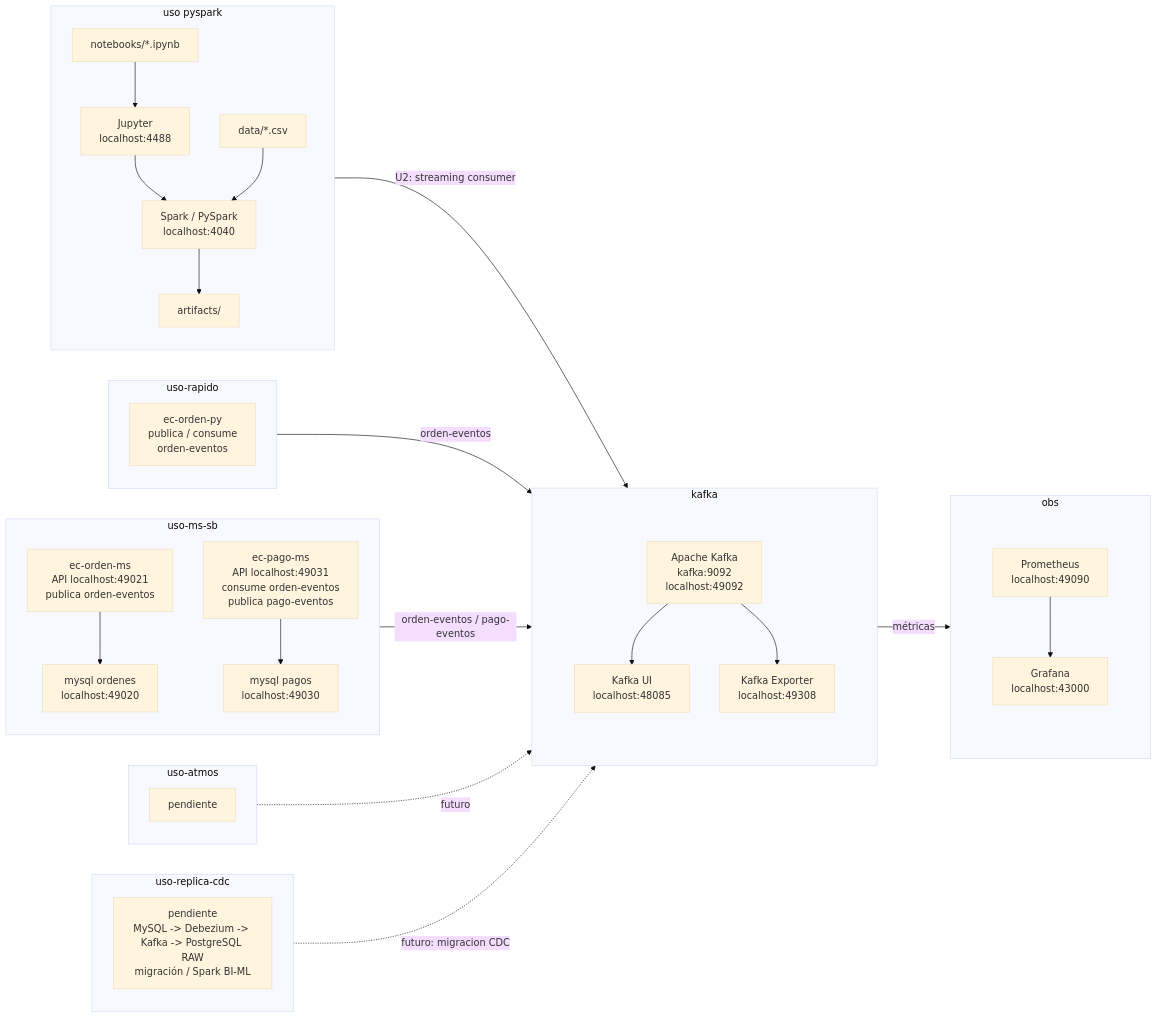
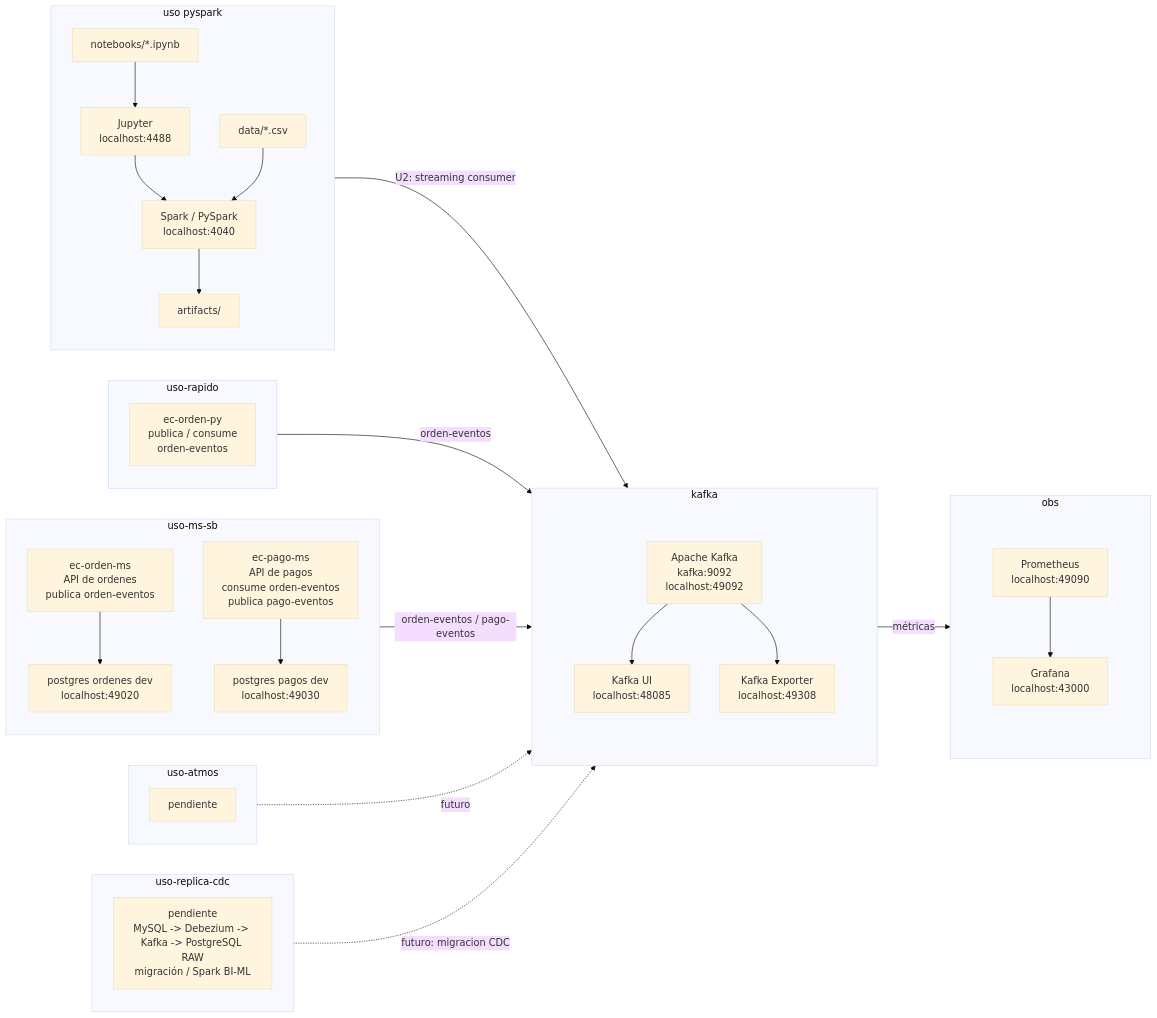
Before and after one commit to 261bigdata/lambdalab: the diagram in pyspark/notebooks/index.md, drawn with Mermaid (base theme). The commit also changed 25 other files, not shown here.

````diff
--- a/pyspark/notebooks/index.md
+++ b/pyspark/notebooks/index.md
@@ -88,67 +88,67 @@
 ```mermaid
 flowchart LR
     subgraph PySparkModule["uso pyspark"]
         direction TB
         Notebooks["notebooks/*.ipynb"]
         Jupyter["Jupyter<br/>localhost:4488"]
         Spark["Spark / PySpark<br/>localhost:4040"]
         Data["data/*.csv"]
         Artifacts["artifacts/"]
         Notebooks --> Jupyter --> Spark
         Data --> Spark --> Artifacts
     end
 
     subgraph UseFast["uso-rapido"]
         PyQuick["ec-orden-py<br/>publica / consume<br/>orden-eventos"]
     end
 
     subgraph UseMS["uso-ms-sb"]
         direction TB
-        OrdenMS["ec-orden-ms<br/>API localhost:49021<br/>publica orden-eventos"]
-        OrdenDB["mysql ordenes<br/>localhost:49020"]
-        PagoMS["ec-pago-ms<br/>API localhost:49031<br/>consume orden-eventos<br/>publica pago-eventos"]
-        PagoDB["mysql pagos<br/>localhost:49030"]
+        OrdenMS["ec-orden-ms<br/>API de ordenes<br/>publica orden-eventos"]
+        OrdenDB["postgres ordenes dev<br/>localhost:49020"]
+        PagoMS["ec-pago-ms<br/>API de pagos<br/>consume orden-eventos<br/>publica pago-eventos"]
+        PagoDB["postgres pagos dev<br/>localhost:49030"]
         OrdenMS --> OrdenDB
         PagoMS --> PagoDB
     end
 
     subgraph UseIoT["uso-atmos"]
         IoT["pendiente"]
     end
 
     subgraph UseCDC["uso-replica-cdc"]
         CDC["pendiente<br/>MySQL -> Debezium -> Kafka -> PostgreSQL RAW<br/>migración / Spark BI-ML"]
     end
 
     subgraph KafkaModule["kafka"]
         direction TB
         subgraph KafkaStack[" "]
             direction TB
             Kafka["Apache Kafka<br/>kafka:9092<br/>localhost:49092"]
             KafkaUI["Kafka UI<br/>localhost:48085"]
             KafkaExporter["Kafka Exporter<br/>localhost:49308"]
             Kafka --> KafkaUI
             Kafka --> KafkaExporter
         end
     end
 
     subgraph ObsModule["obs"]
         direction TB
         subgraph ObsStack[" "]
             direction TB
             Prometheus["Prometheus<br/>localhost:49090"]
             Grafana["Grafana<br/>localhost:43000"]
             Prometheus --> Grafana
         end
     end
 
     PySparkModule -->|"U2: streaming consumer"| Kafka
     UseFast -->|"orden-eventos"| Kafka
     UseMS -->|"orden-eventos / pago-eventos"| Kafka
     UseIoT -. "futuro" .-> Kafka
     UseCDC -. "futuro: migracion CDC" .-> Kafka
     KafkaExporter -->|"métricas"| Prometheus
 
     style KafkaStack fill:transparent,stroke:transparent,color:transparent
     style ObsStack fill:transparent,stroke:transparent,color:transparent
 ```
````
